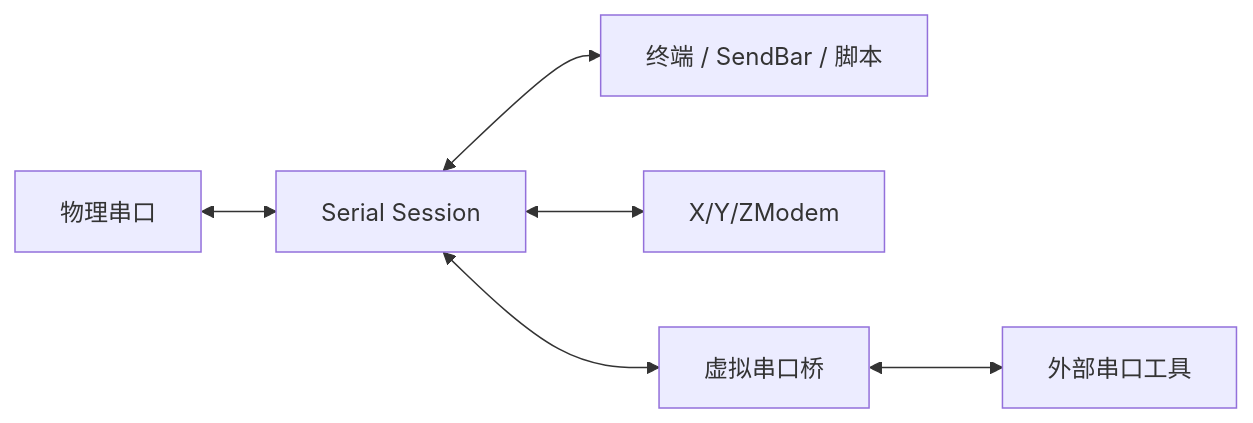
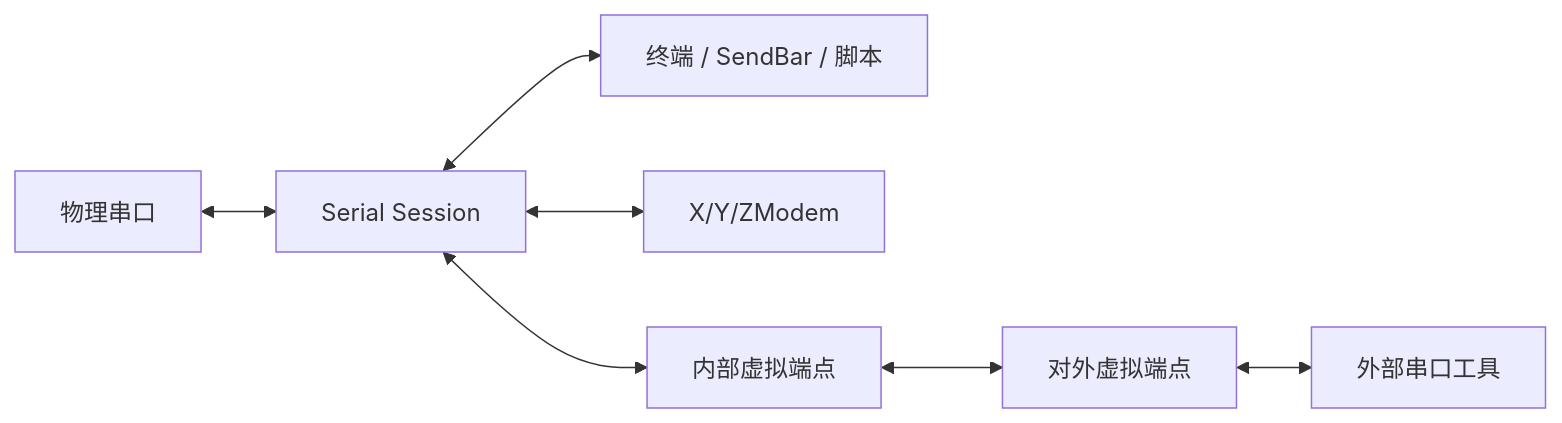
The diagram in docs/modules/SERIAL.md (hamburger-os/TauTerm), drawn with Mermaid before and after one commit. The commit also changed other lines of this file, not shown here.

````diff
--- a/docs/modules/SERIAL.md
+++ b/docs/modules/SERIAL.md
@@ -24,8 +72,9 @@
 ```mermaid
 flowchart LR
   Device["物理串口"] <--> Session["Serial Session"]
   Session <--> UI["终端 / SendBar / 脚本"]
   Session <--> Transfer["X/Y/ZModem"]
-  Session <--> Bridge["虚拟串口桥"]
-  Bridge <--> External["外部串口工具"]
+  Session <--> Bridge["内部虚拟端点"]
+  Bridge <--> External["对外虚拟端点"]
+  External <--> Tool["外部串口工具"]
 ```
````
